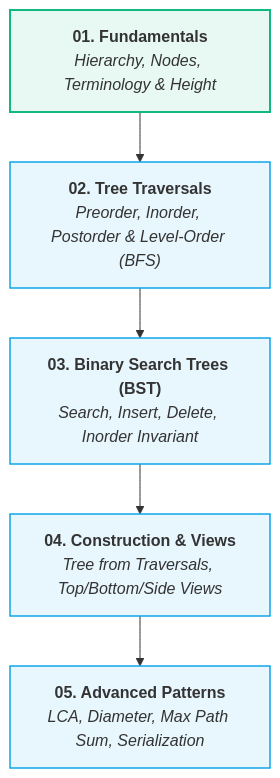
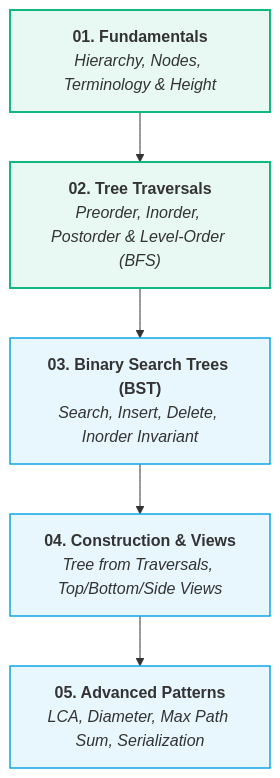
Before and after one commit to abhinavbharti2345/CS_Notes: the diagram in CS/DSA/07. Trees & BSTs/README.md, drawn with Mermaid. The commit also changed other lines of this file and 10 other files, not shown here.

````diff
--- a/CS/DSA/07. Trees & BSTs/README.md
+++ b/CS/DSA/07. Trees & BSTs/README.md
@@ -23,15 +23,15 @@
 ```mermaid
 flowchart TD
     T1["<b>01. Fundamentals</b><br/><i>Hierarchy, Nodes, Terminology & Height</i>"]
     T2["<b>02. Tree Traversals</b><br/><i>Preorder, Inorder, Postorder & Level-Order (BFS)</i>"]
     T3["<b>03. Binary Search Trees (BST)</b><br/><i>Search, Insert, Delete, Inorder Invariant</i>"]
     T4["<b>04. Construction & Views</b><br/><i>Tree from Traversals, Top/Bottom/Side Views</i>"]
     T5["<b>05. Advanced Patterns</b><br/><i>LCA, Diameter, Max Path Sum, Serialization</i>"]
 
     T1 --> T2 --> T3 --> T4 --> T5
 
     classDef active fill:#10b98118,stroke:#10b981,stroke-width:2px;
     classDef planned fill:#0ea5e918,stroke:#0ea5e9,stroke-width:1.5px;
-    class T1 active;
-    class T2,T3,T4,T5 planned;
+    class T1,T2 active;
+    class T3,T4,T5 planned;
 ```
````
